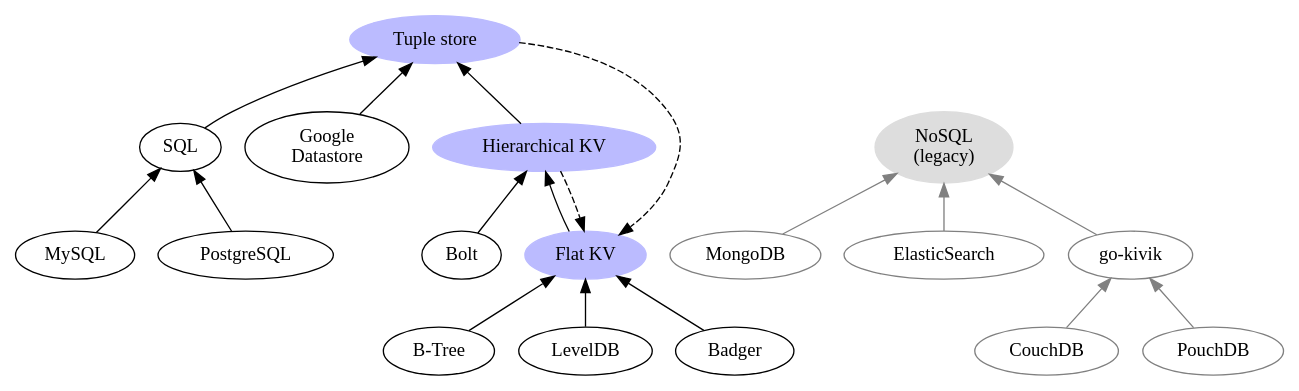
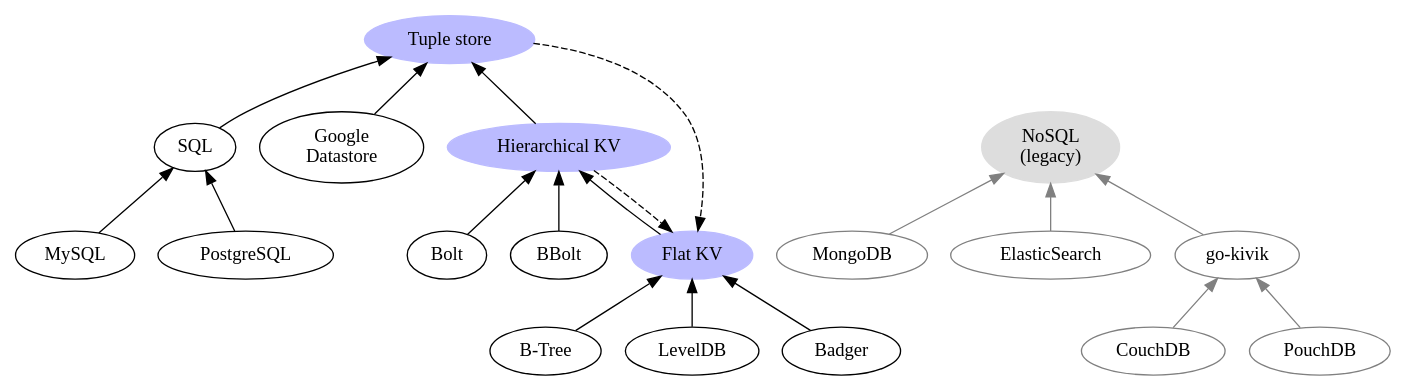
The diagram in db-hierarchy.gv (hidal-go/hidalgo), drawn with Graphviz before and after one commit. The commit also changed 4 other files, not shown here.

```diff
--- a/db-hierarchy.gv
+++ b/db-hierarchy.gv
@@ -1,43 +1,45 @@
 digraph DBs {
     rankdir="BT"
 
     flat_kv [label="Flat KV" URL="./docs/kv-flat.md" color="#bbbbff" style=filled]
     flat_kv -> hie_kv
     btree [label="B-Tree"]
     btree -> flat_kv
     leveldb [label="LevelDB"]
     leveldb -> flat_kv
     badger [label="Badger"]
     badger -> flat_kv
 
     hie_kv [label="Hierarchical KV" URL="./docs/kv-hierarchical.md" color="#bbbbff" style=filled]
     hie_kv -> strict_tuple
     hie_kv -> flat_kv [style=dashed]
     bolt [label="Bolt"]
     bolt -> hie_kv
+    bbolt [label="BBolt"]
+    bbolt -> hie_kv
 
     sql_tuple [label="SQL" URL="./docs/sql-tuple.md"]
     sql_tuple -> strict_tuple
     mysql [label="MySQL"]
     mysql -> sql_tuple
     postgres [label="PostgreSQL"]
     postgres -> sql_tuple
 
     datastore [label="Google\nDatastore"]
     datastore -> strict_tuple
 
     strict_tuple [label="Tuple store" URL="./docs/tuple-strict.md" color="#bbbbff" style=filled]
     strict_tuple -> flat_kv [style=dashed]
 
     legacy_nosql [label="NoSQL\n(legacy)", color="#dddddd" style=filled]
     legacy_mongo [label="MongoDB", color=grey]
     legacy_mongo -> legacy_nosql [color=grey]
     legacy_elastic [label="ElasticSearch", color=grey]
     legacy_elastic -> legacy_nosql [color=grey]
     legacy_ouch [label="go-kivik", color=grey]
     legacy_ouch -> legacy_nosql [color=grey]
     legacy_couch [label="CouchDB", color=grey]
     legacy_couch -> legacy_ouch [color=grey]
     legacy_pouch [label="PouchDB", color=grey]
     legacy_pouch -> legacy_ouch [color=grey]
 }
```
